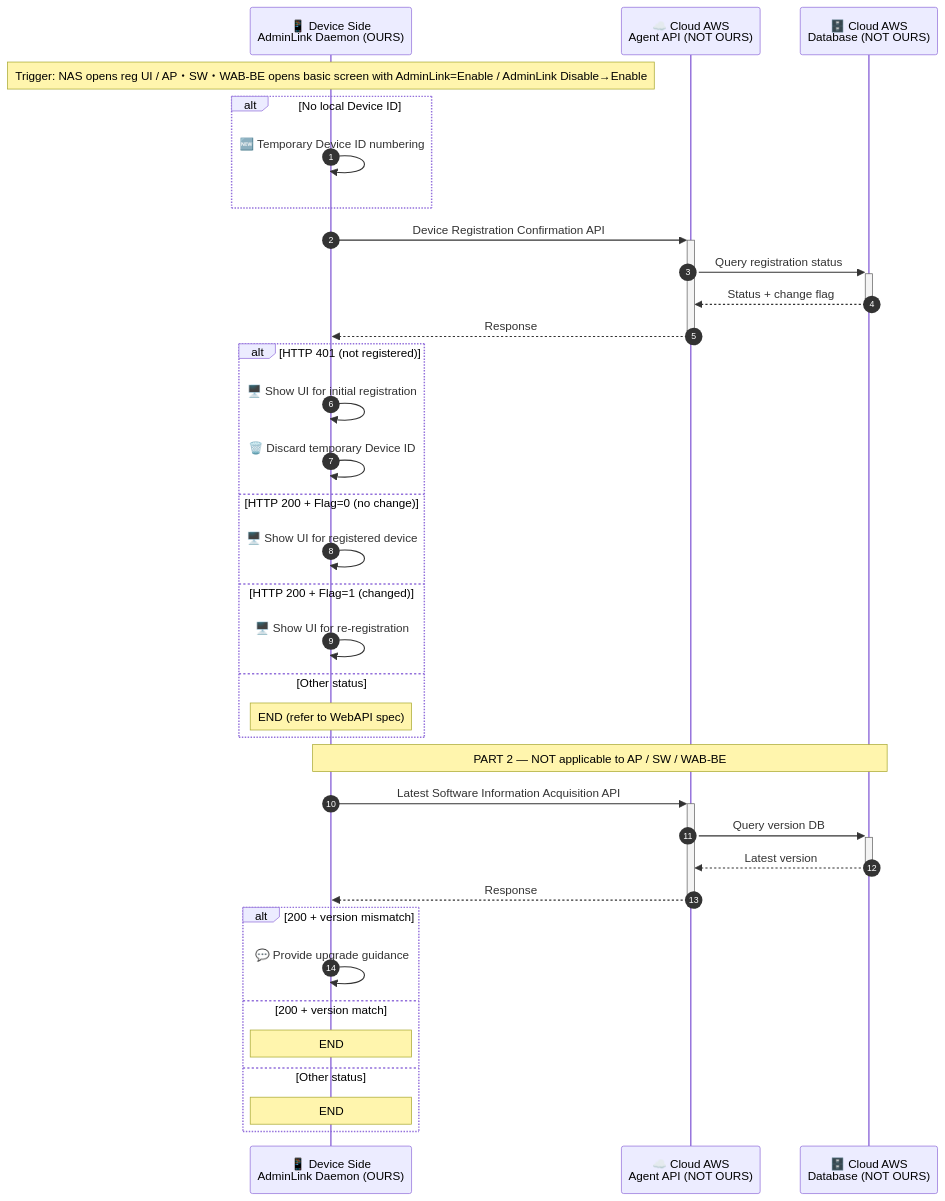
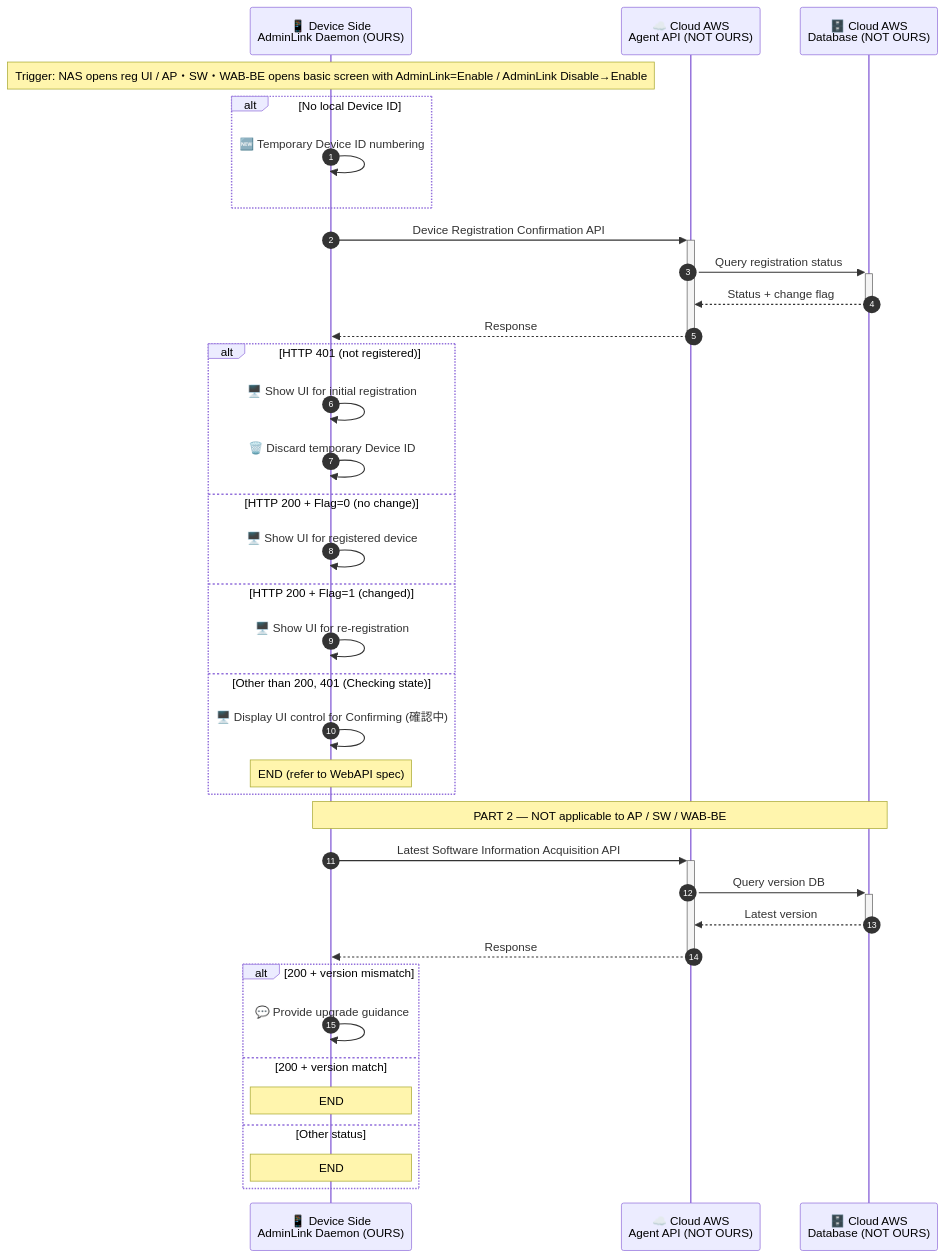
The second of 2 diagrams in P_ELX/elecom_cloud_apps/spec/docs/agent_cloud_linkage_flow/02_device_entry_startup_flow.md (xchris7/ELX_with_AI), drawn with Mermaid before and after one commit. The commit also changed other lines of this file, not shown here.

Commit message:
docs(spec): update device entry startup flow with UI confirmation details

````diff
--- a/P_ELX/elecom_cloud_apps/spec/docs/agent_cloud_linkage_flow/02_device_entry_startup_flow.md
+++ b/P_ELX/elecom_cloud_apps/spec/docs/agent_cloud_linkage_flow/02_device_entry_startup_flow.md
@@ -71,43 +90,50 @@
 ```mermaid
 sequenceDiagram
     autonumber
     participant Agent as 📱 Device Side<br/>AdminLink Daemon (OURS)
     participant API as ☁️ Cloud AWS<br/>Agent API (NOT OURS)
     participant DB as 🗄️ Cloud AWS<br/>Database (NOT OURS)
 
+
     Note over Agent: Trigger: NAS opens reg UI / AP・SW・WAB-BE opens basic screen with AdminLink=Enable / AdminLink Disable→Enable
+
 
     alt No local Device ID
         Agent->>Agent: 🆕 Temporary Device ID numbering
     end
 
+
     Agent->>+API: Device Registration Confirmation API
     API->>+DB: Query registration status
     DB-->>-API: Status + change flag
     API-->>-Agent: Response
+
 
     alt HTTP 401 (not registered)
         Agent->>Agent: 🖥️ Show UI for initial registration
         Agent->>Agent: 🗑️ Discard temporary Device ID
     else HTTP 200 + Flag=0 (no change)
         Agent->>Agent: 🖥️ Show UI for registered device
     else HTTP 200 + Flag=1 (changed)
         Agent->>Agent: 🖥️ Show UI for re-registration
-    else Other status
+    else Other than 200, 401 (Checking state)
+        Agent->>Agent: 🖥️ Display UI control for Confirming (確認中)
         Note over Agent: END (refer to WebAPI spec)
     end
+
 
     Note over Agent,DB: PART 2 — NOT applicable to AP / SW / WAB-BE
     Agent->>+API: Latest Software Information Acquisition API
     API->>+DB: Query version DB
     DB-->>-API: Latest version
     API-->>-Agent: Response
+
 
     alt 200 + version mismatch
         Agent->>Agent: 💬 Provide upgrade guidance
     else 200 + version match
         Note over Agent: END
     else Other status
         Note over Agent: END
     end
 ```
````
